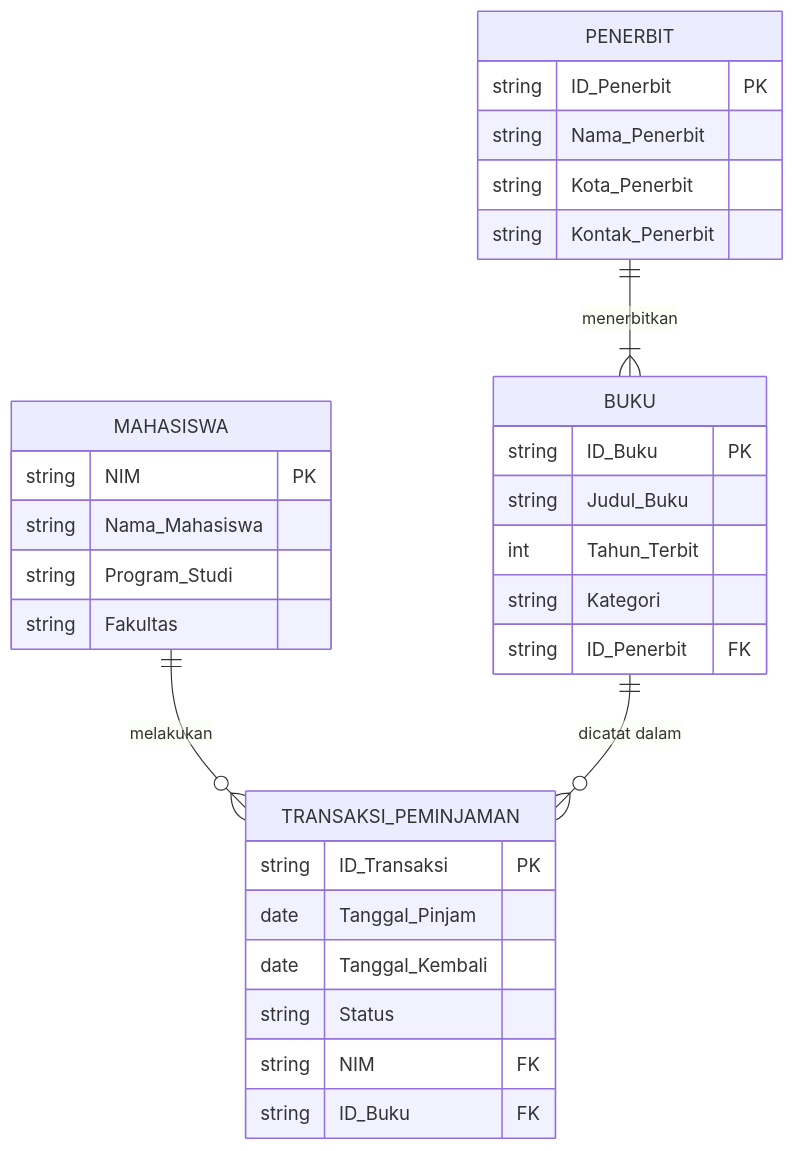
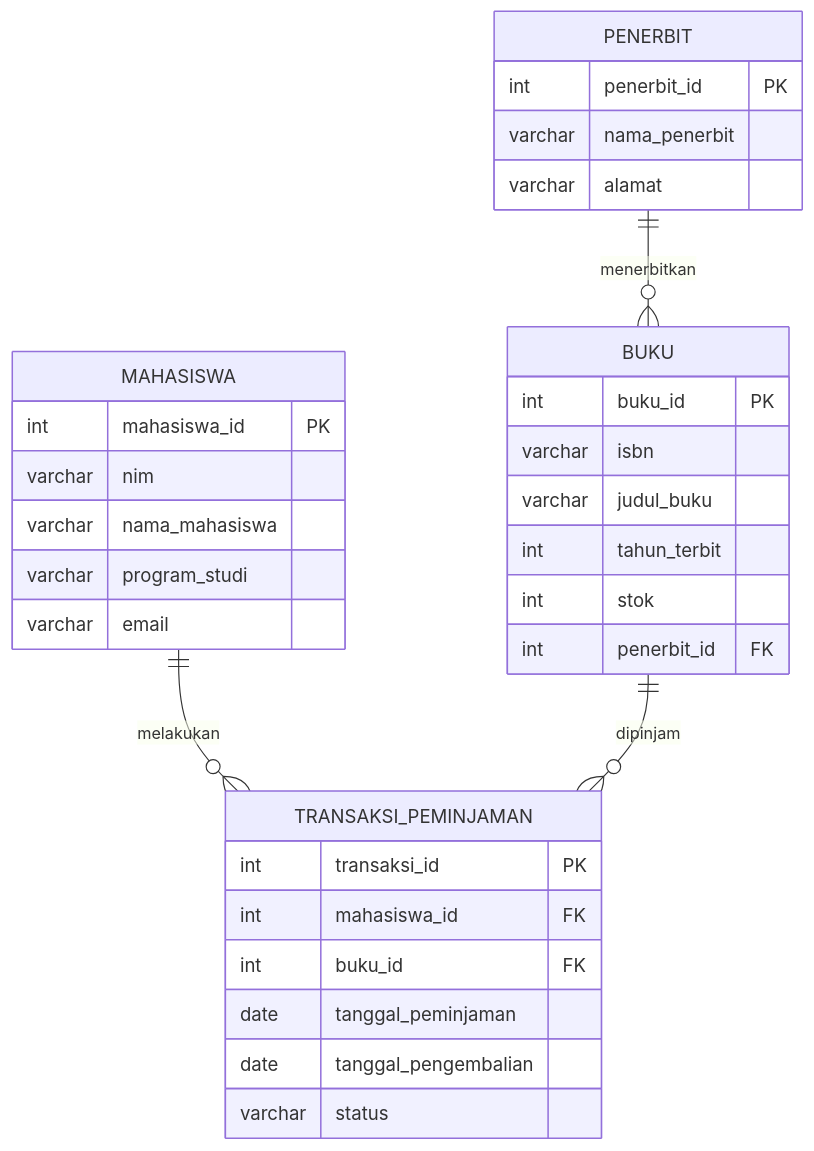
One commit to nahdahchaidir/tugas-modul-6 changed the diagram in 06-tugas-pemodelan-database.md. Above: the diagram before and after it, drawn with Mermaid. The commit also changed other lines of this file, not shown here.

````diff
--- a/06-tugas-pemodelan-database.md
+++ b/06-tugas-pemodelan-database.md
@@ -80,37 +97,38 @@
 ```mermaid
 erDiagram
+    MAHASISWA ||--o{ TRANSAKSI_PEMINJAMAN : melakukan
+    BUKU ||--o{ TRANSAKSI_PEMINJAMAN : dipinjam
+    PENERBIT ||--o{ BUKU : menerbitkan
+
     MAHASISWA {
-        string NIM PK
-        string Nama_Mahasiswa
-        string Program_Studi
-        string Fakultas
-    }
-    
-    PENERBIT {
-        string ID_Penerbit PK
-        string Nama_Penerbit
-        string Kota_Penerbit
-        string Kontak_Penerbit
-    }
-    
-    BUKU {
-        string ID_Buku PK
-        string Judul_Buku
-        int Tahun_Terbit
-        string Kategori
-        string ID_Penerbit FK
-    }
-    
-    TRANSAKSI_PEMINJAMAN {
-        string ID_Transaksi PK
-        date Tanggal_Pinjam
-        date Tanggal_Kembali
-        string Status
-        string NIM FK
-        string ID_Buku FK
+        int mahasiswa_id PK
+        varchar nim
+        varchar nama_mahasiswa
+        varchar program_studi
+        varchar email
     }
 
-    MAHASISWA ||--o{ TRANSAKSI_PEMINJAMAN : "melakukan"
-    BUKU ||--o{ TRANSAKSI_PEMINJAMAN : "dicatat dalam"
-    PENERBIT ||--|{ BUKU : "menerbitkan"
+    PENERBIT {
+        int penerbit_id PK
+        varchar nama_penerbit
+        varchar alamat
+    }
+
+    BUKU {
+        int buku_id PK
+        varchar isbn
+        varchar judul_buku
+        int tahun_terbit
+        int stok
+        int penerbit_id FK
+    }
+
+    TRANSAKSI_PEMINJAMAN {
+        int transaksi_id PK
+        int mahasiswa_id FK
+        int buku_id FK
+        date tanggal_peminjaman
+        date tanggal_pengembalian
+        varchar status
+    }
 ```
````
